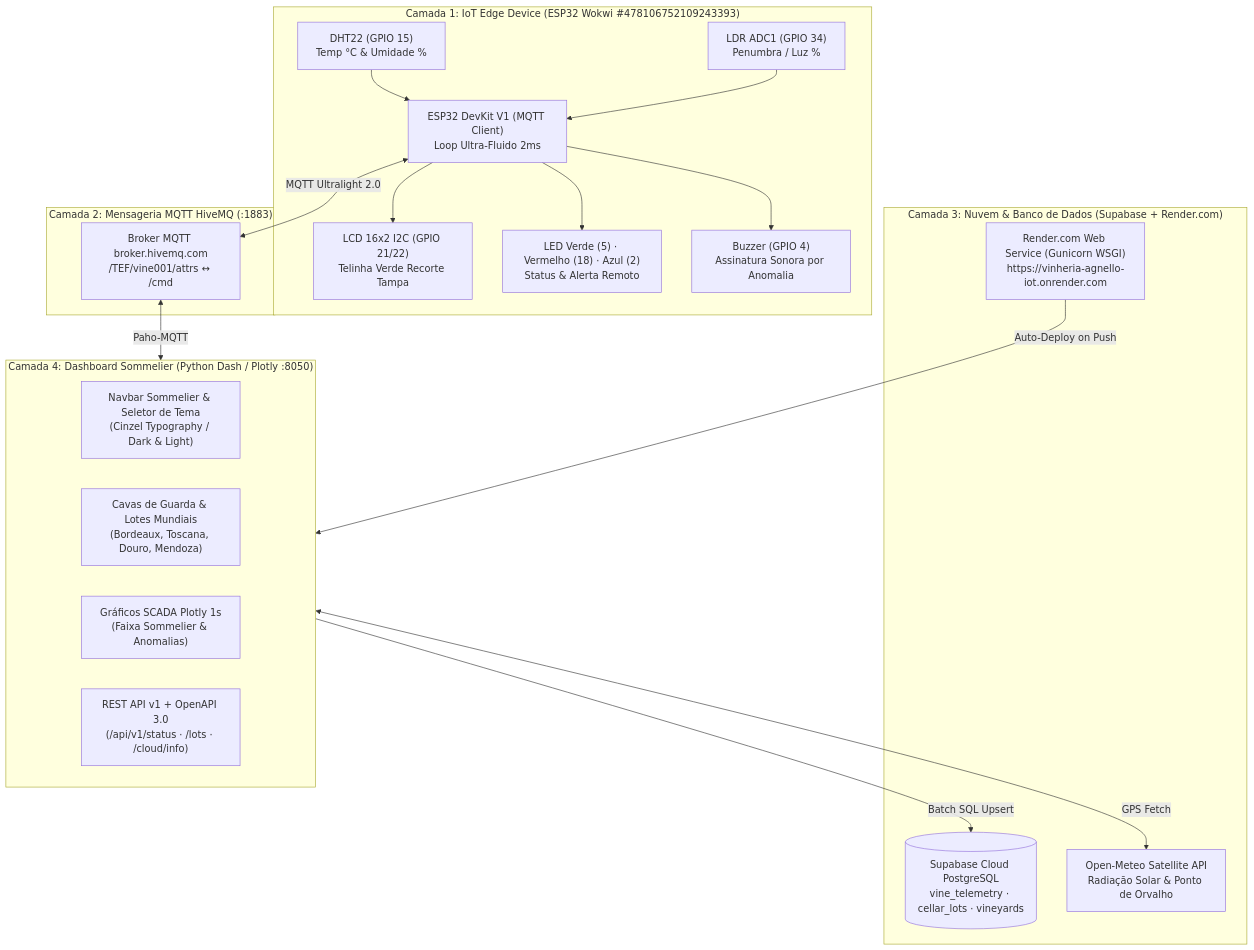
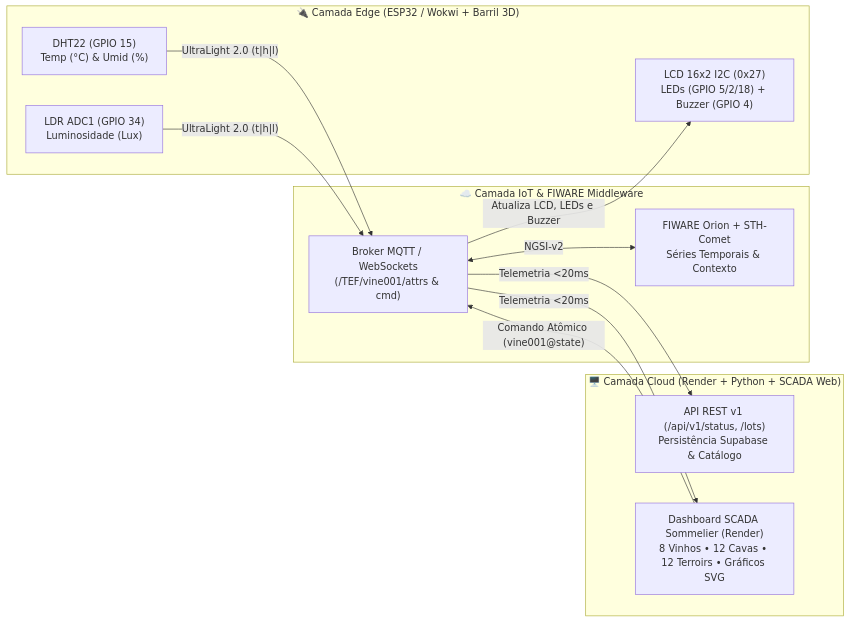
One commit to six01010101010101/vinheria-fiware-esp32 changed the diagram in README.md. Above: the diagram before and after it, drawn with Mermaid. The commit also changed other lines of this file and 1 other file, not shown here.

Commit message:
docs(readme): atualizar README.md completo e metadados OpenAPI com autor Ken Kobayashi (@six01010101010101)

````diff
--- a/README.md
+++ b/README.md
@@ -28,39 +41,24 @@
 ```mermaid
-flowchart TB
-    subgraph EDGE["Camada 1: IoT Edge Device (ESP32 Wokwi #478106752109243393)"]
-        DHT["DHT22 (GPIO 15)<br/>Temp °C & Umidade %"]
-        LDR["LDR ADC1 (GPIO 34)<br/>Penumbra / Luz %"]
-        LCD["LCD 16x2 I2C (GPIO 21/22)<br/>Telinha Verde Recorte Tampa"]
-        LEDS["LED Verde (5) · Vermelho (18) · Azul (2)<br/>Status & Alerta Remoto"]
-        BUZ["Buzzer (GPIO 4)<br/>Assinatura Sonora por Anomalia"]
-        ESP["ESP32 DevKit V1 (MQTT Client)<br/>Loop Ultra-Fluido 2ms"]
-        DHT --> ESP
-        LDR --> ESP
-        ESP --> LCD
-        ESP --> LEDS
-        ESP --> BUZ
+flowchart LR
+    subgraph EDGE["🔌 Camada Edge (ESP32 / Wokwi + Barril 3D)"]
+        S1["DHT22 (GPIO 15)<br/>Temp (°C) & Umid (%)"]
+        S2["LDR ADC1 (GPIO 34)<br/>Luminosidade (Lux)"]
+        ACT["LCD 16x2 I2C (0x27)<br/>LEDs (GPIO 5/2/18) + Buzzer (GPIO 4)"]
     end
 
-    subgraph BROKER["Camada 2: Mensageria MQTT HiveMQ (:1883)"]
-        HIVE["Broker MQTT broker.hivemq.com<br/>/TEF/vine001/attrs ↔ /cmd"]
+    subgraph BROKER["☁️ Camada IoT & FIWARE Middleware"]
+        MQTT["Broker MQTT / WebSockets<br/>(/TEF/vine001/attrs & cmd)"]
+        ORION["FIWARE Orion + STH-Comet<br/>Séries Temporais & Contexto"]
     end
 
-    subgraph CLOUD["Camada 3: Nuvem & Banco de Dados (Supabase + Render.com)"]
-        SUPA[("Supabase Cloud PostgreSQL<br/>vine_telemetry · cellar_lots · vineyards")]
-        RENDER["Render.com Web Service (Gunicorn WSGI)<br/>https://vinheria-agnello-iot.onrender.com"]
-        METEO["Open-Meteo Satellite API<br/>Radiação Solar & Ponto de Orvalho"]
+    subgraph APP["🖥️ Camada Cloud (Render + Python + SCADA Web)"]
+        API["API REST v1 (/api/v1/status, /lots)<br/>Persistência Supabase & Catálogo"]
+        UI["Dashboard SCADA Sommelier (Render)<br/>8 Vinhos • 12 Cavas • 12 Terroirs • Gráficos SVG"]
     end
 
-    subgraph DASHBOARD["Camada 4: Dashboard Sommelier (Python Dash / Plotly :8050)"]
-        NAV["Navbar Sommelier & Seletor de Tema<br/>(Cinzel Typography / Dark & Light)"]
-        LOTS["Cavas de Guarda & Lotes Mundiais<br/>(Bordeaux, Toscana, Douro, Mendoza)"]
-        CHARTS["Gráficos SCADA Plotly 1s<br/>(Faixa Sommelier & Anomalias)"]
-        REST["REST API v1 + OpenAPI 3.0<br/>(/api/v1/status · /lots · /cloud/info)"]
-    end
-
-    ESP <-->|MQTT Ultralight 2.0| HIVE
-    HIVE <-->|Paho-MQTT| DASHBOARD
-    DASHBOARD -->|Batch SQL Upsert| SUPA
-    DASHBOARD <-->|GPS Fetch| METEO
-    RENDER -->|Auto-Deploy on Push| DASHBOARD
+    S1 & S2 -->|"UltraLight 2.0 (t|h|l)"| MQTT
+    MQTT <-->|"NGSI-v2"| ORION
+    MQTT -->|"Telemetria <20ms"| UI & API
+    UI -->|"Comando Atômico (vine001@state)"| MQTT
+    MQTT -->|"Atualiza LCD, LEDs e Buzzer"| ACT
 ```
````
